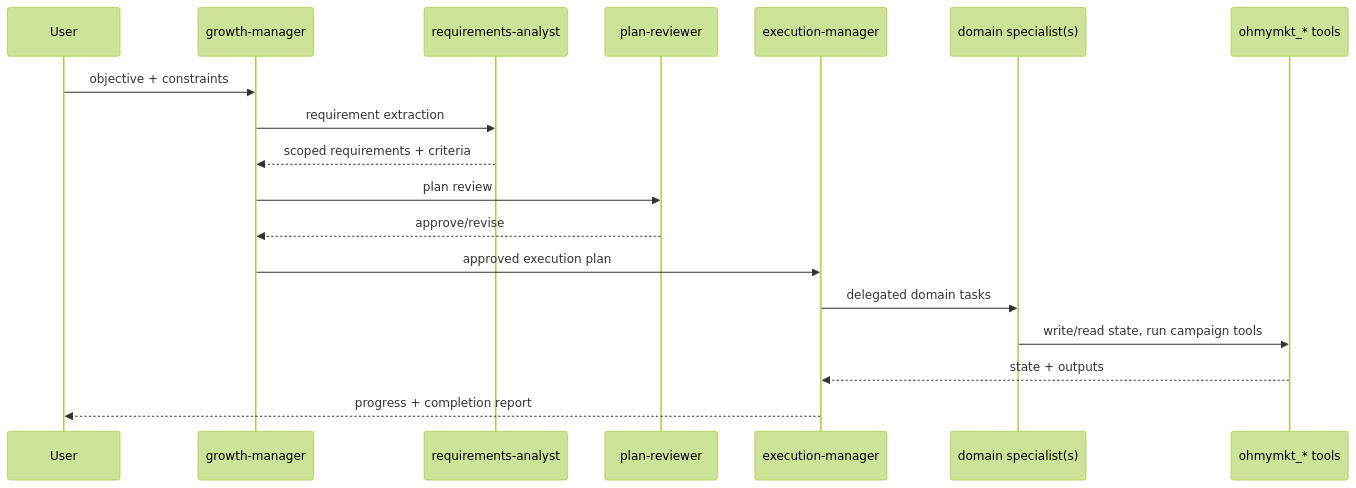
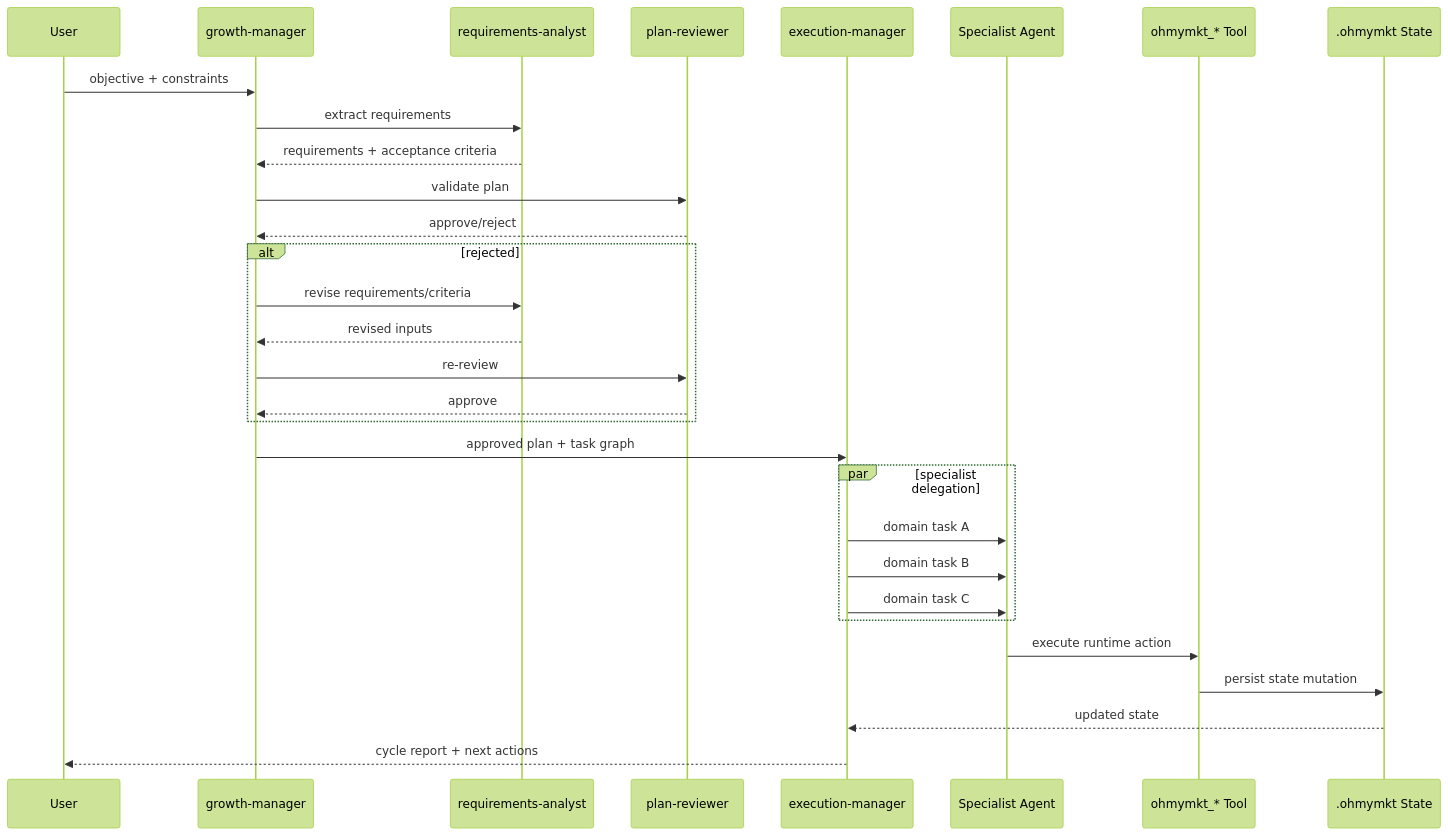
One commit to bravohenry/ohmymkt changed the fifth of 7 diagrams in docs/guide/understanding-orchestration-system.md. Above: the diagram before and after it, drawn with Mermaid (forest theme). The commit also changed other lines of this file and 4 other files, not shown here.

Commit message:
docs(architecture): deepen marketing docs with high-fidelity mermaid runbooks

````diff
--- a/docs/guide/understanding-orchestration-system.md
+++ b/docs/guide/understanding-orchestration-system.md
@@ -150,21 +223,33 @@
 ```mermaid
 sequenceDiagram
     participant U as User
     participant GM as growth-manager
     participant RA as requirements-analyst
     participant PR as plan-reviewer
     participant EM as execution-manager
-    participant DS as domain specialist(s)
-    participant RT as ohmymkt_* tools
+    participant DS as Specialist Agent
+    participant RT as ohmymkt_* Tool
+    participant ST as .ohmymkt State
 
     U->>GM: objective + constraints
-    GM->>RA: requirement extraction
-    RA-->>GM: scoped requirements + criteria
-    GM->>PR: plan review
-    PR-->>GM: approve/revise
-    GM->>EM: approved execution plan
-    EM->>DS: delegated domain tasks
-    DS->>RT: write/read state, run campaign tools
-    RT-->>EM: state + outputs
-    EM-->>U: progress + completion report
+    GM->>RA: extract requirements
+    RA-->>GM: requirements + acceptance criteria
+    GM->>PR: validate plan
+    PR-->>GM: approve/reject
+    alt rejected
+      GM->>RA: revise requirements/criteria
+      RA-->>GM: revised inputs
+      GM->>PR: re-review
+      PR-->>GM: approve
+    end
+    GM->>EM: approved plan + task graph
+    par specialist delegation
+      EM->>DS: domain task A
+      EM->>DS: domain task B
+      EM->>DS: domain task C
+    end
+    DS->>RT: execute runtime action
+    RT->>ST: persist state mutation
+    ST-->>EM: updated state
+    EM-->>U: cycle report + next actions
 ```
````
